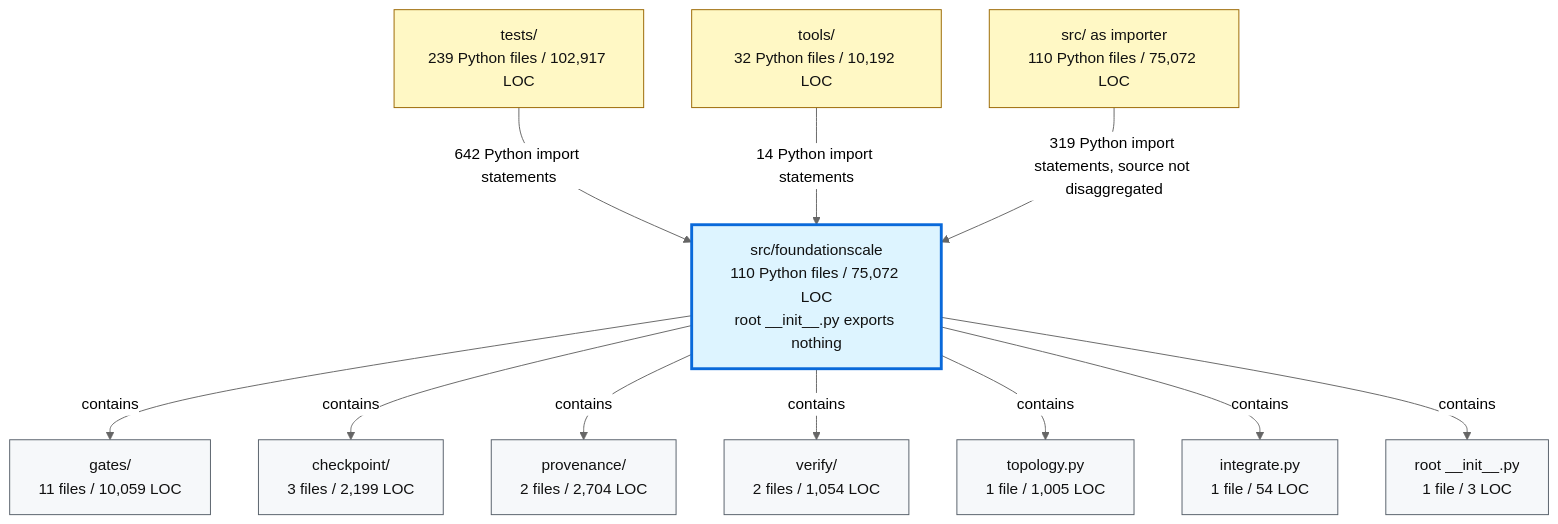
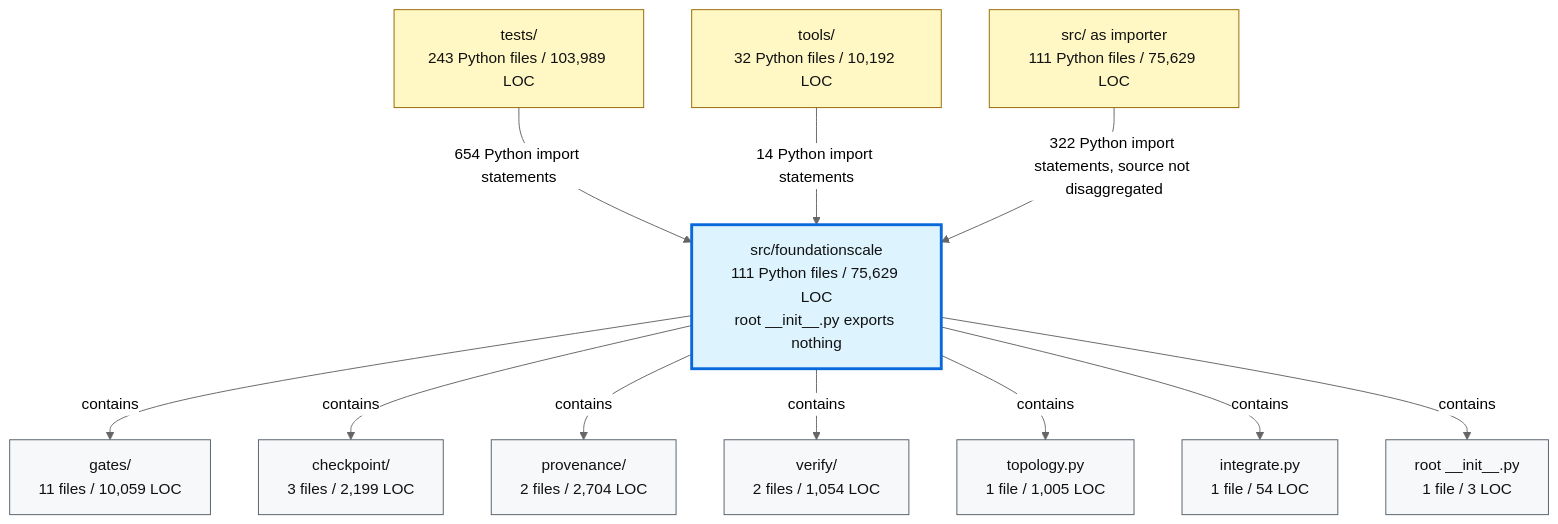
One commit to TranNhiem/FoundationScale changed the second of 2 diagrams in docs/review/D2_current_architecture.md. Above: the diagram before and after it, drawn with Mermaid (neutral theme). The commit also changed other lines of this file and 10 other files, not shown here.

````diff
--- a/docs/review/D2_current_architecture.md
+++ b/docs/review/D2_current_architecture.md
@@ -97,36 +97,36 @@
 ```mermaid
 flowchart TB
-  TESTS["tests/<br/>239 Python files / 102,917 LOC"]
+  TESTS["tests/<br/>243 Python files / 103,989 LOC"]
   TOOLS["tools/<br/>32 Python files / 10,192 LOC"]
-  SRC["src/ as importer<br/>110 Python files / 75,072 LOC"]
+  SRC["src/ as importer<br/>111 Python files / 75,629 LOC"]
 
-  FS["src/foundationscale<br/>110 Python files / 75,072 LOC<br/>root __init__.py exports nothing"]
+  FS["src/foundationscale<br/>111 Python files / 75,629 LOC<br/>root __init__.py exports nothing"]
 
   GATES["gates/<br/>11 files / 10,059 LOC"]
   CKPT["checkpoint/<br/>3 files / 2,199 LOC"]
   PROV["provenance/<br/>2 files / 2,704 LOC"]
   VERIFY["verify/<br/>2 files / 1,054 LOC"]
   TOPO["topology.py<br/>1 file / 1,005 LOC"]
   INTEG["integrate.py<br/>1 file / 54 LOC"]
   ROOT["root __init__.py<br/>1 file / 3 LOC"]
 
-  TESTS -->|"642 Python import statements"| FS
+  TESTS -->|"654 Python import statements"| FS
   TOOLS -->|"14 Python import statements"| FS
-  SRC -->|"319 Python import statements, source not disaggregated"| FS
+  SRC -->|"322 Python import statements, source not disaggregated"| FS
 
   FS -->|"contains"| GATES
   FS -->|"contains"| CKPT
   FS -->|"contains"| PROV
   FS -->|"contains"| VERIFY
   FS -->|"contains"| TOPO
   FS -->|"contains"| INTEG
   FS -->|"contains"| ROOT
 
   classDef consumer fill:#fff8c5,stroke:#9a6700,color:#111;
   classDef package fill:#ddf4ff,stroke:#0969da,stroke-width:3px,color:#111;
   classDef module fill:#f6f8fa,stroke:#57606a,color:#111;
 
   class TESTS,TOOLS,SRC consumer;
   class FS package;
   class GATES,CKPT,PROV,VERIFY,TOPO,INTEG,ROOT module;
 ```
````
